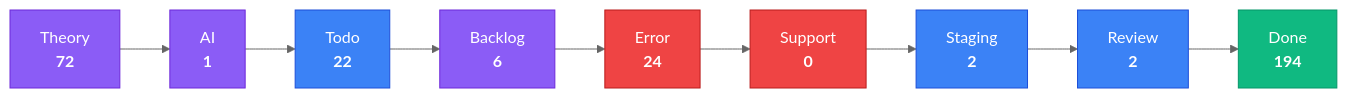
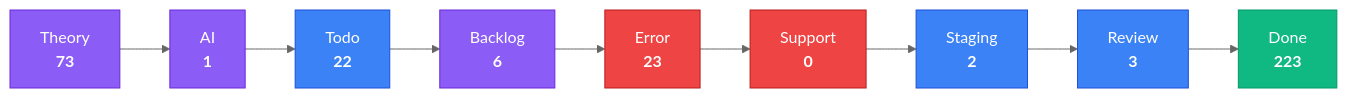
One commit to KBVE/kbve changed the third of 4 diagrams in apps/kbve/astro-kbve/src/content/docs/dashboard/kanban-data.mdx. Above: the diagram before and after it, drawn with Mermaid (neutral theme). The commit also changed other lines of this file and 4 other files, not shown here.

````diff
--- a/apps/kbve/astro-kbve/src/content/docs/dashboard/kanban-data.mdx
+++ b/apps/kbve/astro-kbve/src/content/docs/dashboard/kanban-data.mdx
@@ -80,28 +80,28 @@
 ```mermaid
 flowchart LR
     classDef planning fill:#8b5cf6,stroke:#6d28d9,color:#fff
     classDef active fill:#3b82f6,stroke:#1d4ed8,color:#fff
     classDef blocked fill:#ef4444,stroke:#b91c1c,color:#fff
     classDef done fill:#10b981,stroke:#059669,color:#fff
-    Theory["Theory<br/><strong>72</strong>"]
+    Theory["Theory<br/><strong>73</strong>"]
     Theory --> AI
     AI["AI<br/><strong>1</strong>"]
     AI --> Todo
     Todo["Todo<br/><strong>22</strong>"]
     Todo --> Backlog
     Backlog["Backlog<br/><strong>6</strong>"]
     Backlog --> Error
-    Error["Error<br/><strong>24</strong>"]
+    Error["Error<br/><strong>23</strong>"]
     Error --> Support
     Support["Support<br/><strong>0</strong>"]
     Support --> Staging
     Staging["Staging<br/><strong>2</strong>"]
     Staging --> Review
-    Review["Review<br/><strong>2</strong>"]
+    Review["Review<br/><strong>3</strong>"]
     Review --> Done
-    Done["Done<br/><strong>194</strong>"]
+    Done["Done<br/><strong>223</strong>"]
     class Theory,AI,Backlog planning
     class Todo,Staging,Review active
     class Error,Support blocked
     class Done done
 ```
````
